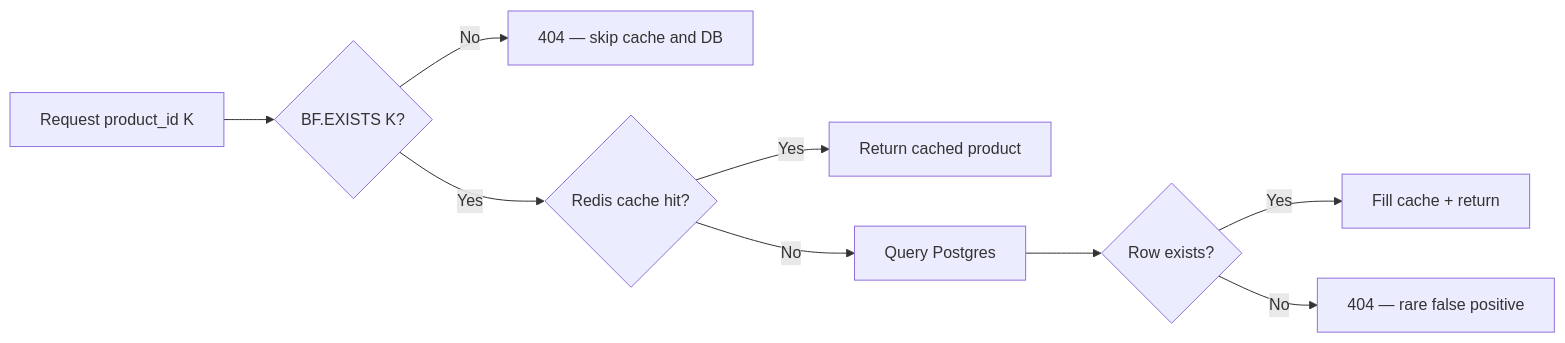
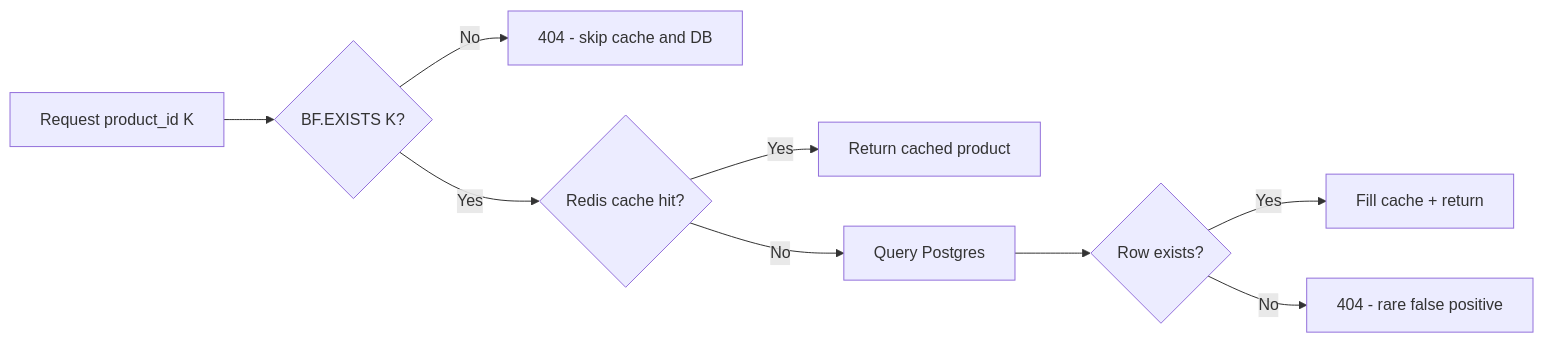
Before and after one commit to hareramcse/SystemDesign: the second of 15 diagrams in 13-advanced-topics/README.md, drawn with Mermaid. The commit also changed other lines of this file, not shown here.

````diff
--- a/13-advanced-topics/README.md
+++ b/13-advanced-topics/README.md
@@ -354,11 +360,11 @@
 ```mermaid
 flowchart LR
     Req[Request product_id K] --> Bloom{BF.EXISTS K?}
-    Bloom -->|No| R404[404 — skip cache and DB]
+    Bloom -->|No| R404[404 - skip cache and DB]
     Bloom -->|Yes| Cache{Redis cache hit?}
     Cache -->|Yes| OK[Return cached product]
     Cache -->|No| DB[Query Postgres]
     DB --> Found{Row exists?}
     Found -->|Yes| Fill[Fill cache + return]
-    Found -->|No| FP[404 — rare false positive]
+    Found -->|No| FP[404 - rare false positive]
 ```
````
